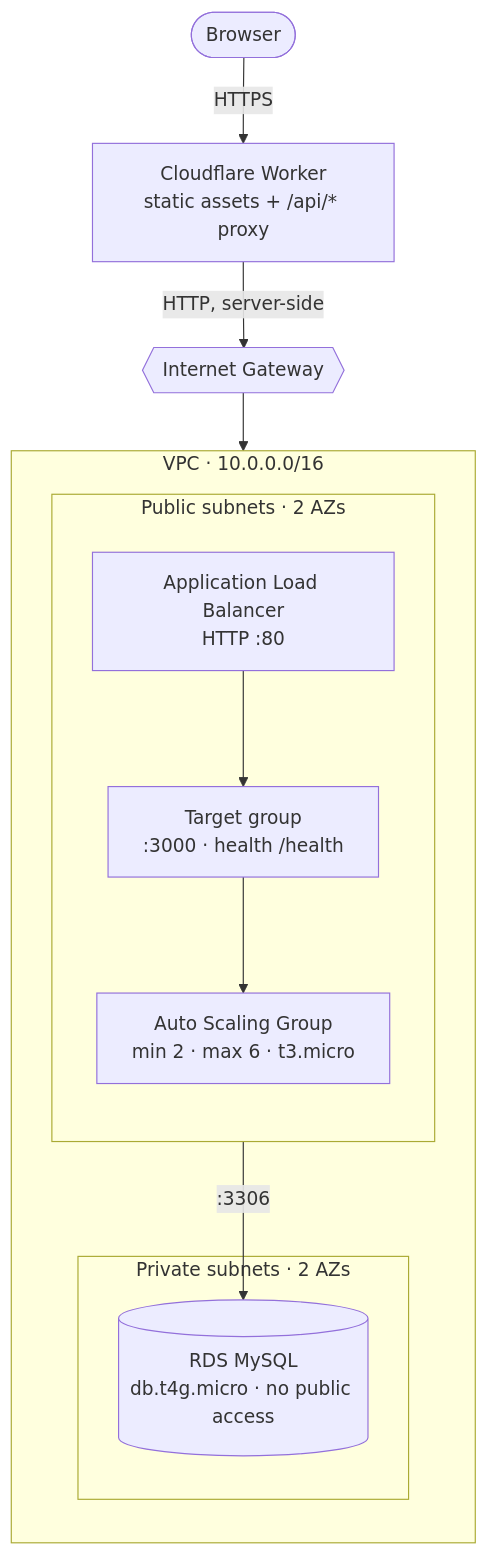
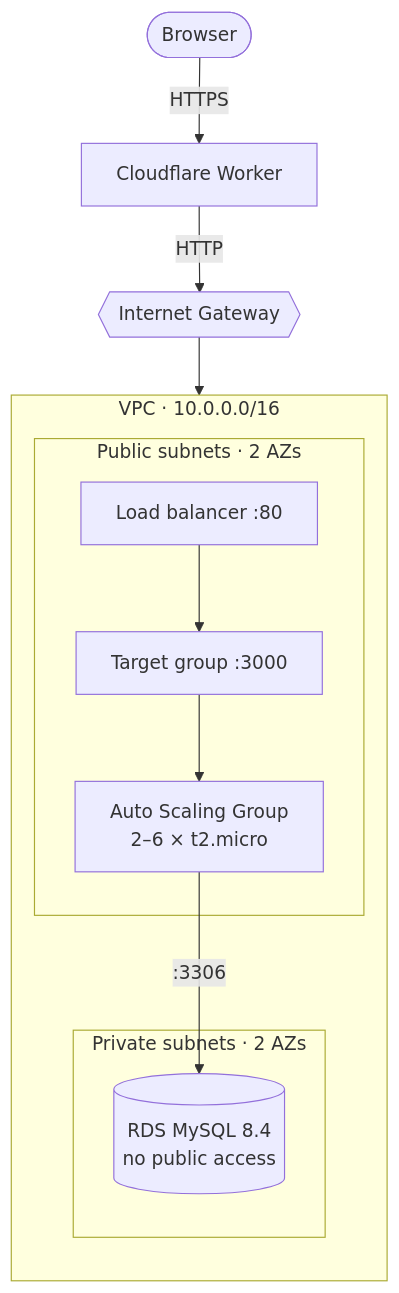
One commit to AyushAtyantik/hybrid-deploy-arch-demo changed the diagram in docs/AWS_SETUP.md. Above: the diagram before and after it, drawn with Mermaid. The commit also changed other lines of this file and 12 other files, not shown here.

````diff
--- a/docs/AWS_SETUP.md
+++ b/docs/AWS_SETUP.md
@@ -15,24 +15,19 @@
 ```mermaid
 flowchart TB
     Browser(["Browser"])
-    Worker["Cloudflare Worker<br/>static assets + /api/* proxy"]
+    Worker["Cloudflare Worker"]
     IGW{{"Internet Gateway"}}
 
     subgraph VPC["VPC · 10.0.0.0/16"]
         direction TB
         subgraph PUB["Public subnets · 2 AZs"]
-            direction TB
-            ALB["Application Load Balancer<br/>HTTP :80"]
-            TG["Target group<br/>:3000 · health /health"]
-            ASG["Auto Scaling Group<br/>min 2 · max 6 · t3.micro"]
+            ALB["Load balancer :80"] --> TG["Target group :3000"] --> ASG["Auto Scaling Group<br/>2–6 × t2.micro"]
         end
         subgraph PRIV["Private subnets · 2 AZs"]
-            RDS[("RDS MySQL<br/>db.t4g.micro · no public access")]
+            RDS[("RDS MySQL 8.4<br/>no public access")]
         end
     end
 
-    Browser -- HTTPS --> Worker
-    Worker -- "HTTP, server-side" --> IGW
-    IGW --> ALB --> TG --> ASG
+    Browser -- HTTPS --> Worker -- HTTP --> IGW --> ALB
     ASG -- ":3306" --> RDS
 ```
````
